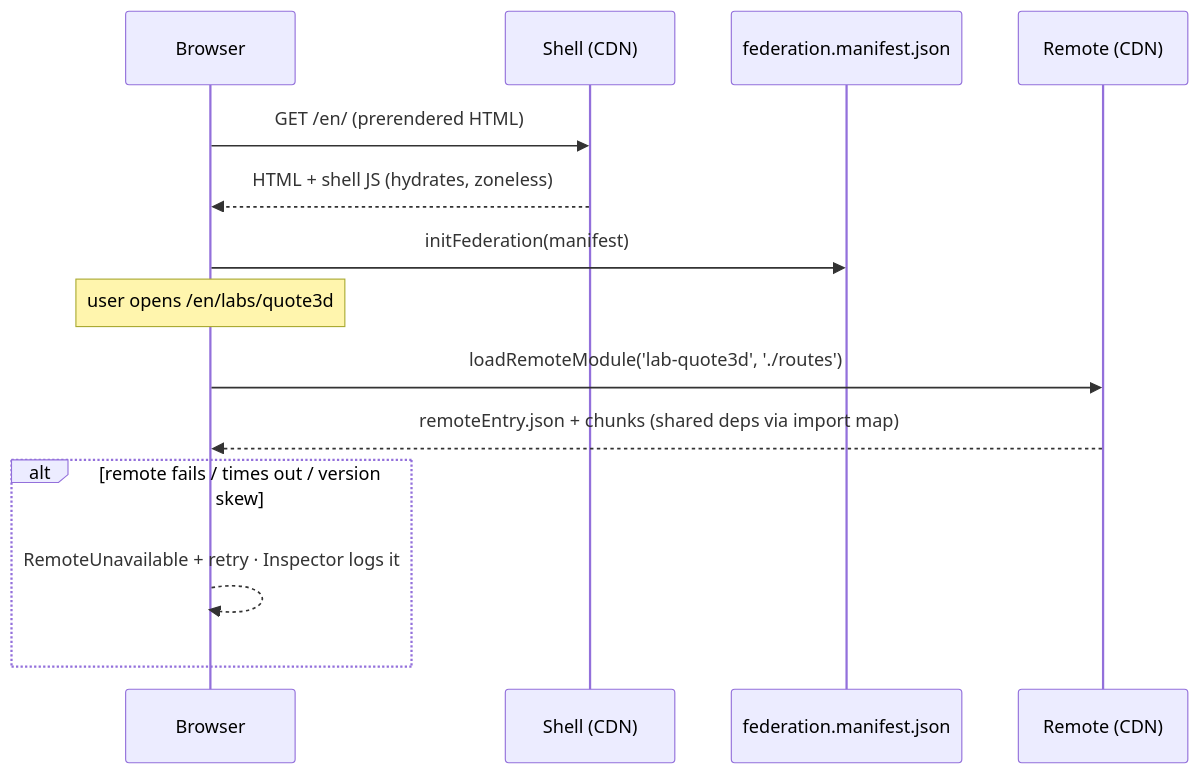
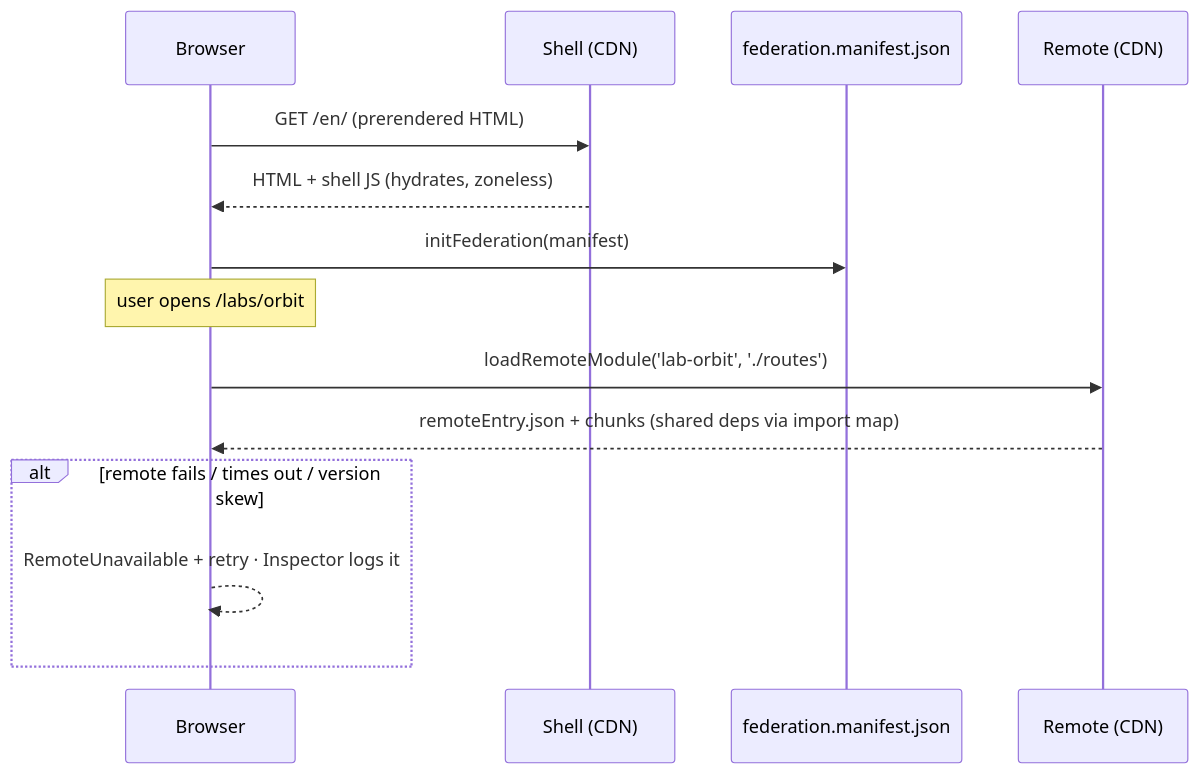
The third of 4 diagrams in docs/architecture.md (AHrichi/hrichi-platform), drawn with Mermaid before and after one commit. The commit also changed other lines of this file and 75 other files, not shown here.

````diff
--- a/docs/architecture.md
+++ b/docs/architecture.md
@@ -316,16 +318,16 @@
 ```mermaid
 sequenceDiagram
   participant B as Browser
   participant S as Shell (CDN)
   participant M as federation.manifest.json
   participant R as Remote (CDN)
   B->>S: GET /en/ (prerendered HTML)
   S-->>B: HTML + shell JS (hydrates, zoneless)
   B->>M: initFederation(manifest)
-  Note over B: user opens /en/labs/quote3d
-  B->>R: loadRemoteModule('lab-quote3d', './routes')
+  Note over B: user opens /labs/orbit
+  B->>R: loadRemoteModule('lab-orbit', './routes')
   R-->>B: remoteEntry.json + chunks (shared deps via import map)
   alt remote fails / times out / version skew
     B-->>B: RemoteUnavailable + retry · Inspector logs it
   end
 ```
````
